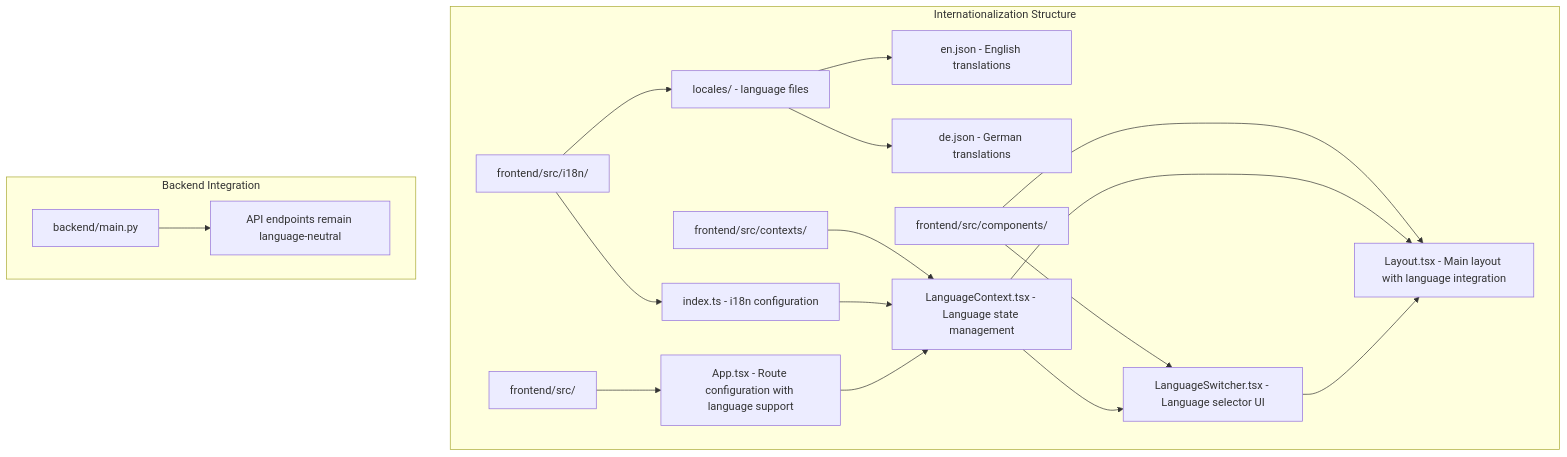
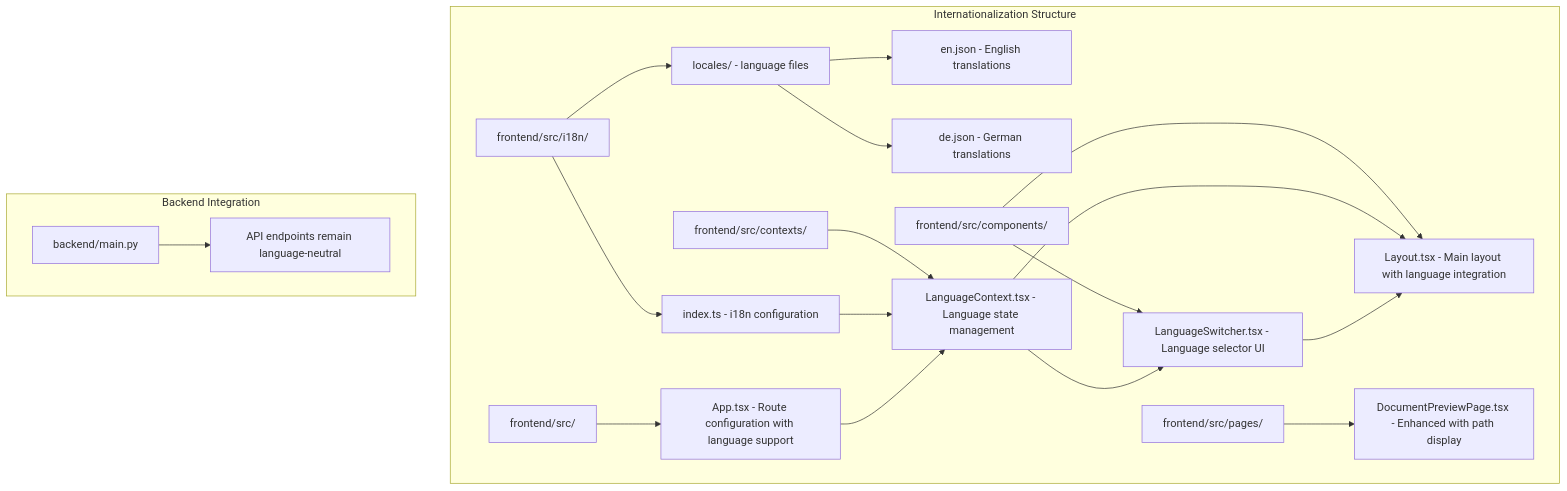
Before and after one commit to emanuelplopu/MongoDB-RAG-Agent: the first of 6 diagrams in .qoder/repowiki/en/content/Frontend Application/Internationalization and Localization.md, drawn with Mermaid. The commit also changed other lines of this file and 6 other files, not shown here.

````diff
--- a/.qoder/repowiki/en/content/Frontend Application/Internationalization and Localization.md
+++ b/.qoder/repowiki/en/content/Frontend Application/Internationalization and Localization.md
@@ -36,21 +49,22 @@
 ```mermaid
 graph TB
 subgraph "Internationalization Structure"
 A[frontend/src/i18n/] --> B[index.ts - i18n configuration]
 A --> C[locales/ - language files]
 C --> D[en.json - English translations]
 C --> E[de.json - German translations]
 F[frontend/src/contexts/] --> G[LanguageContext.tsx - Language state management]
 H[frontend/src/components/] --> I[LanguageSwitcher.tsx - Language selector UI]
 H --> J[Layout.tsx - Main layout with language integration]
-K[frontend/src/] --> L[App.tsx - Route configuration with language support]
+K[frontend/src/pages/] --> L[DocumentPreviewPage.tsx - Enhanced with path display]
+M[frontend/src/] --> N[App.tsx - Route configuration with language support]
 end
 subgraph "Backend Integration"
-M[backend/main.py] --> N[API endpoints remain language-neutral]
+O[backend/main.py] --> P[API endpoints remain language-neutral]
 end
 B --> G
 G --> I
 G --> J
 I --> J
-L --> G
+N --> G
 ```
````
